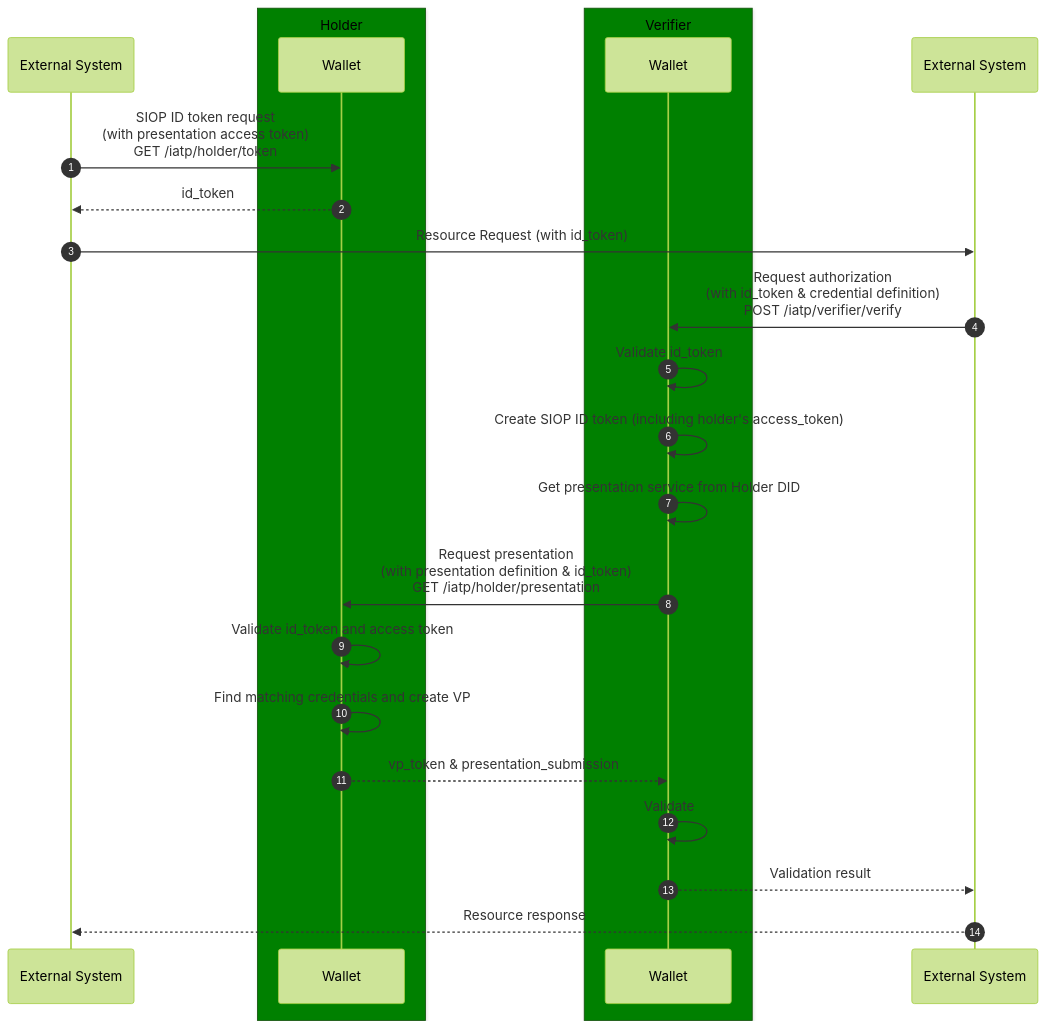
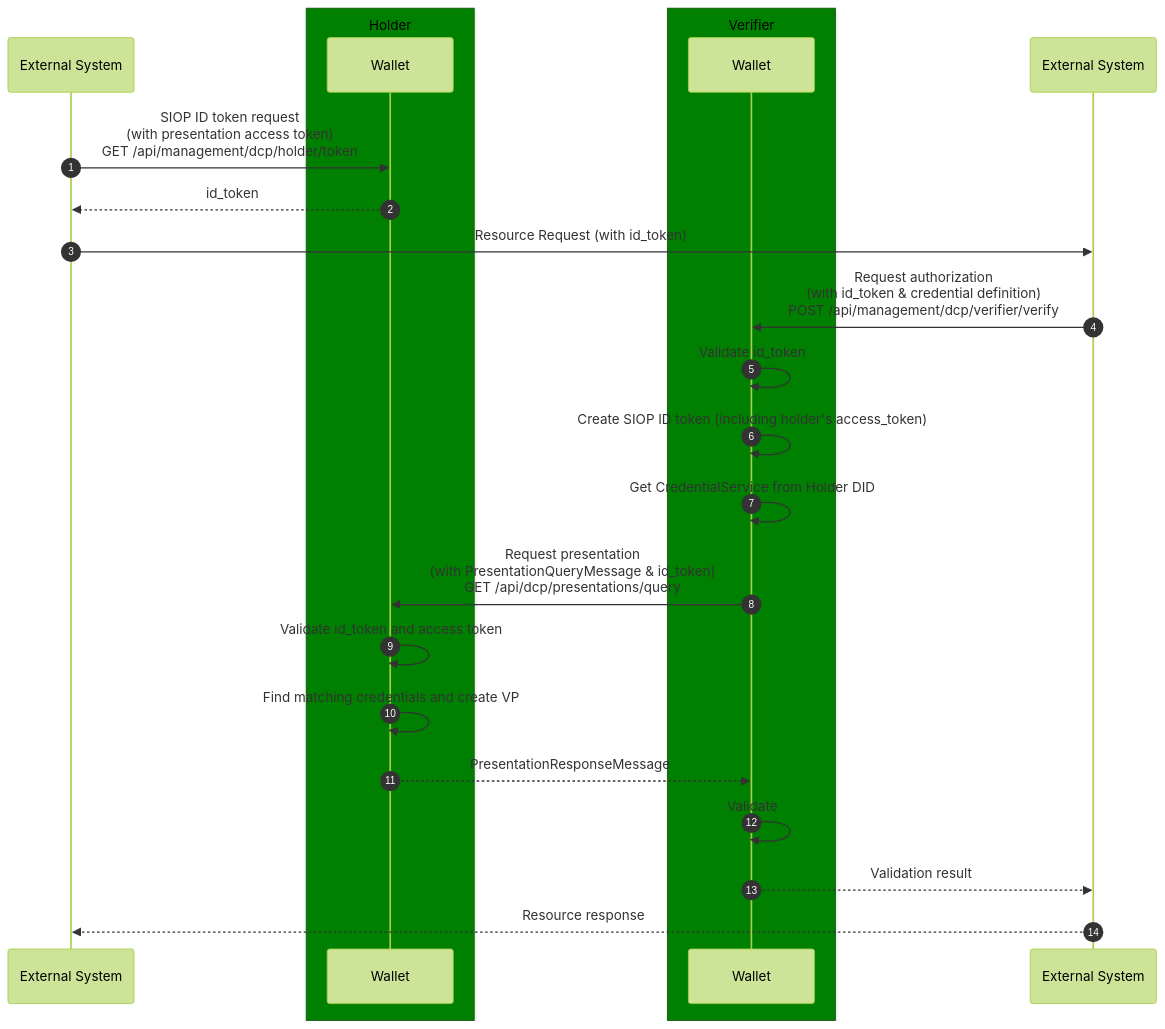
The sixth of 6 diagrams in website/docs/apps/wallet/architecture/process.md (ragunath1242001/tsg_semantic_observability-demo), drawn with Mermaid (forest theme) before and after one commit. The commit also changed other lines of this file and 315 other files, not shown here.

````diff
--- a/website/docs/apps/wallet/architecture/process.md
+++ b/website/docs/apps/wallet/architecture/process.md
@@ -187,31 +185,31 @@
 ```mermaid
 ---
 config:
   sequence:
     showSequenceNumbers: true
 ---
 sequenceDiagram
     participant hs as External System
     box green Holder
     participant hw as Wallet
     end
     box green Verifier
     participant vw as Wallet
     end
     participant vs as External System
 
-    hs ->> hw: SIOP ID token request<br />(with presentation access token)<br />GET /iatp/holder/token
+    hs ->> hw: SIOP ID token request<br />(with presentation access token)<br />GET /api/management/dcp/holder/token
     hw -->> hs: id_token
     hs ->> vs: Resource Request (with id_token)
-    vs ->> vw: Request authorization<br />(with id_token & credential definition)<br />POST /iatp/verifier/verify
+    vs ->> vw: Request authorization<br />(with id_token & credential definition)<br />POST /api/management/dcp/verifier/verify
     vw ->> vw: Validate id_token
     vw ->> vw: Create SIOP ID token (including holder's access_token)
-    vw ->> vw: Get presentation service from Holder DID
-    vw ->> hw: Request presentation<br />(with presentation definition & id_token)<br />GET /iatp/holder/presentation
+    vw ->> vw: Get CredentialService from Holder DID
+    vw ->> hw: Request presentation<br />(with PresentationQueryMessage & id_token)<br />GET /api/dcp/presentations/query
     hw ->> hw: Validate id_token and access token
     hw ->> hw: Find matching credentials and create VP
-    hw -->> vw: vp_token & presentation_submission
+    hw -->> vw: PresentationResponseMessage
     vw ->> vw: Validate
     vw -->> vs: Validation result
     vs -->> hs: Resource response
 ```
````
